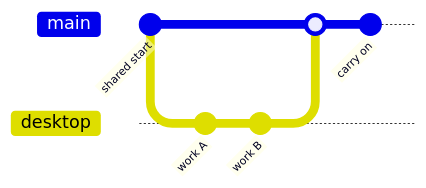
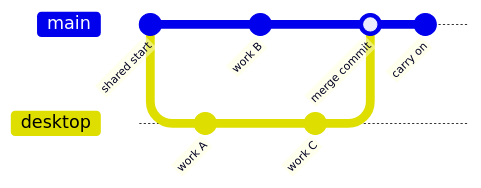
The fourth of 7 diagrams in _posts/en-gb/2026-06-07-git-for-mathematicians.md (anteromontonio/anteromontonio.github.io), drawn with Mermaid before and after one commit. The commit also changed other lines of this file and 15 other files, not shown here.

````diff
--- a/_posts/en-gb/2026-06-07-git-for-mathematicians.md
+++ b/_posts/en-gb/2026-06-07-git-for-mathematicians.md
@@ -195,11 +200,14 @@
 ```mermaid
 gitGraph
     commit id: "shared start"
     branch desktop
     checkout desktop
     commit id: "work A"
+		checkout main
     commit id: "work B"
+    checkout desktop
+    commit id: "work C"
     checkout main
-    merge desktop
+    merge desktop id: "merge commit"
     commit id: "carry on"
 ```
````
